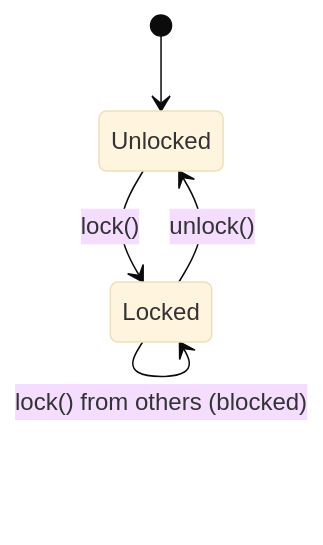
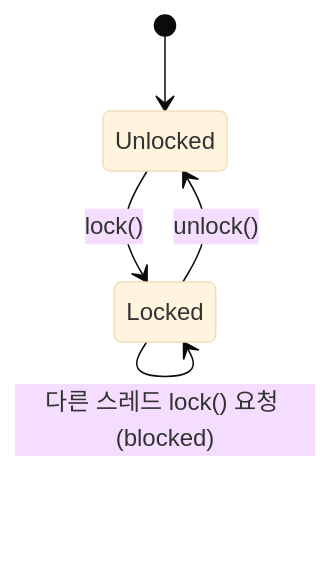
Before and after one commit to mandoobox/mandoobox.github.io: diagram 19 of 37 in _posts/cs-note/2026-02-27-os.md, drawn with Mermaid (base theme). The commit also changed other lines of this file and 18 other files, not shown here.

````diff
--- a/_posts/cs-note/2026-02-27-os.md
+++ b/_posts/cs-note/2026-02-27-os.md
@@ -566,7 +572,7 @@
 ```mermaid
 stateDiagram-v2
   [*] --> Unlocked
   Unlocked --> Locked: lock()
-  Locked --> Locked: lock() from others (blocked)
+  Locked --> Locked: 다른 스레드 lock() 요청 (blocked)
   Locked --> Unlocked: unlock()
 ```
````
